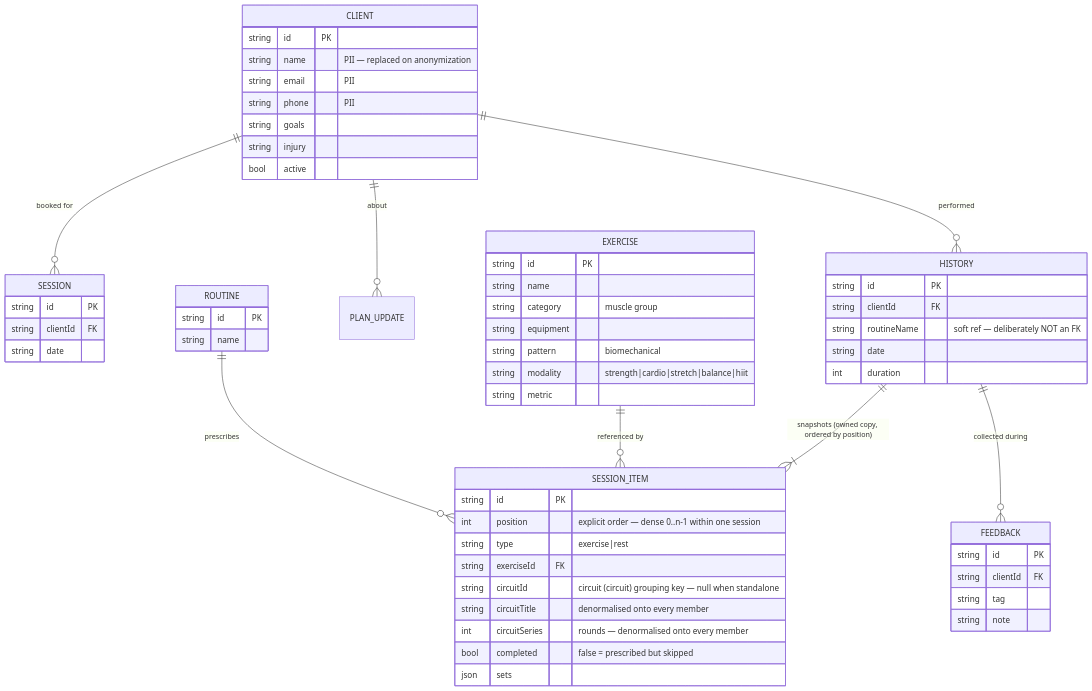
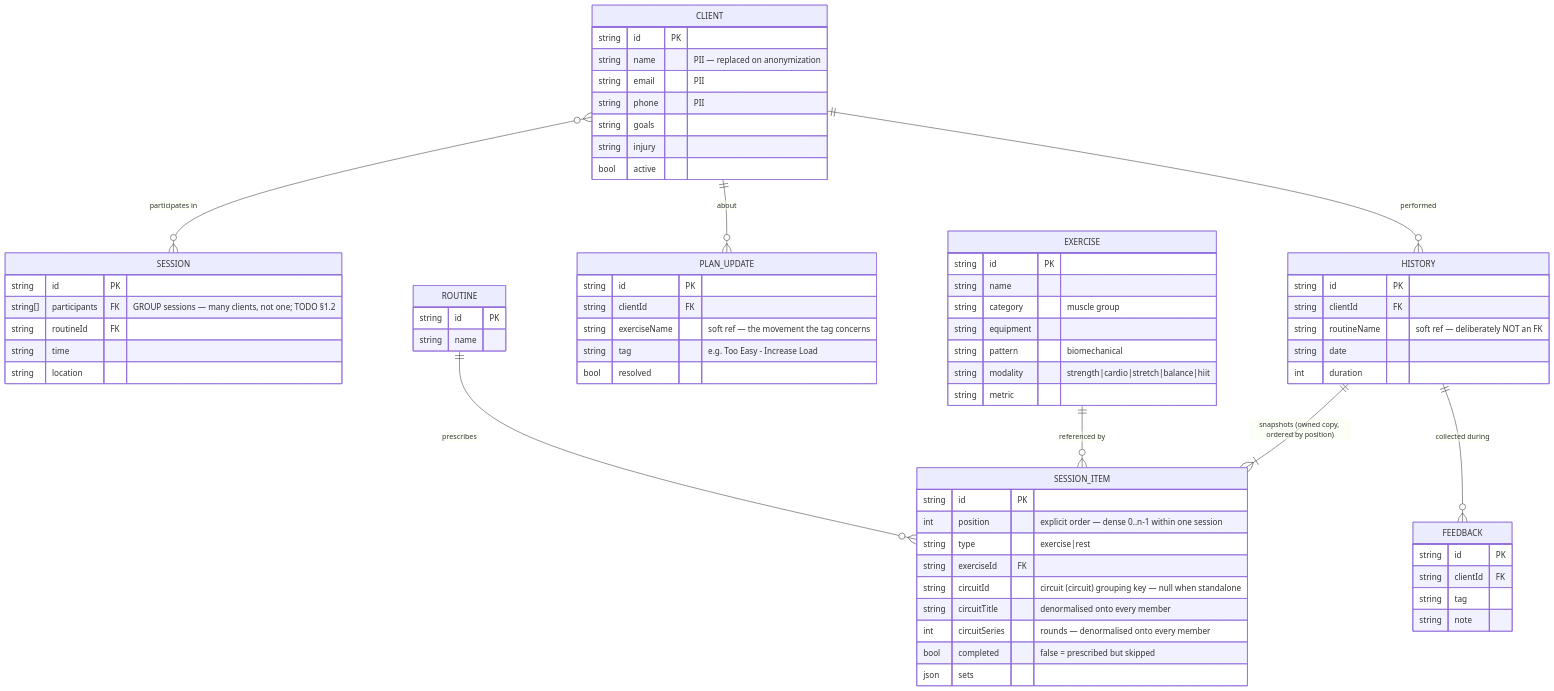
The second of 4 diagrams in docs/DATA_MODEL.md (stutek/LibrePT), drawn with Mermaid before and after one commit. The commit also changed other lines of this file and 3 other files, not shown here.

````diff
--- a/docs/DATA_MODEL.md
+++ b/docs/DATA_MODEL.md
@@ -95,62 +100,71 @@
 ```mermaid
 erDiagram
-    CLIENT ||--o{ SESSION : "booked for"
+    CLIENT }o--o{ SESSION : "participates in"
     CLIENT ||--o{ HISTORY : "performed"
     CLIENT ||--o{ PLAN_UPDATE : "about"
     ROUTINE ||--o{ SESSION_ITEM : "prescribes"
     EXERCISE ||--o{ SESSION_ITEM : "referenced by"
     HISTORY ||--|{ SESSION_ITEM : "snapshots (owned copy, ordered by position)"
     HISTORY ||--o{ FEEDBACK : "collected during"
 
     CLIENT {
         string id PK
         string name "PII — replaced on anonymization"
         string email "PII"
         string phone "PII"
         string goals
         string injury
         bool active
     }
     EXERCISE {
         string id PK
         string name
         string category "muscle group"
         string equipment
         string pattern "biomechanical"
         string modality "strength|cardio|stretch|balance|hiit"
         string metric
     }
     ROUTINE {
         string id PK
         string name
     }
     SESSION {
         string id PK
-        string clientId FK
-        string date
+        string[] participants FK "GROUP sessions — many clients, not one; TODO §1.2"
+        string routineId FK
+        string time
+        string location
     }
     HISTORY {
         string id PK
         string clientId FK
         string routineName "soft ref — deliberately NOT an FK"
         string date
         int duration
     }
     SESSION_ITEM {
         string id PK
         int position "explicit order — dense 0..n-1 within one session"
         string type "exercise|rest"
         string exerciseId FK
         string circuitId "circuit (circuit) grouping key — null when standalone"
         string circuitTitle "denormalised onto every member"
         int circuitSeries "rounds — denormalised onto every member"
         bool completed "false = prescribed but skipped"
         json sets
     }
     FEEDBACK {
         string id PK
         string clientId FK
         string tag
         string note
     }
+    PLAN_UPDATE {
+        string id PK
+        string clientId FK
+        string exerciseName "soft ref — the movement the tag concerns"
+        string tag "e.g. Too Easy - Increase Load"
+        bool resolved
+    }
 ```
````
